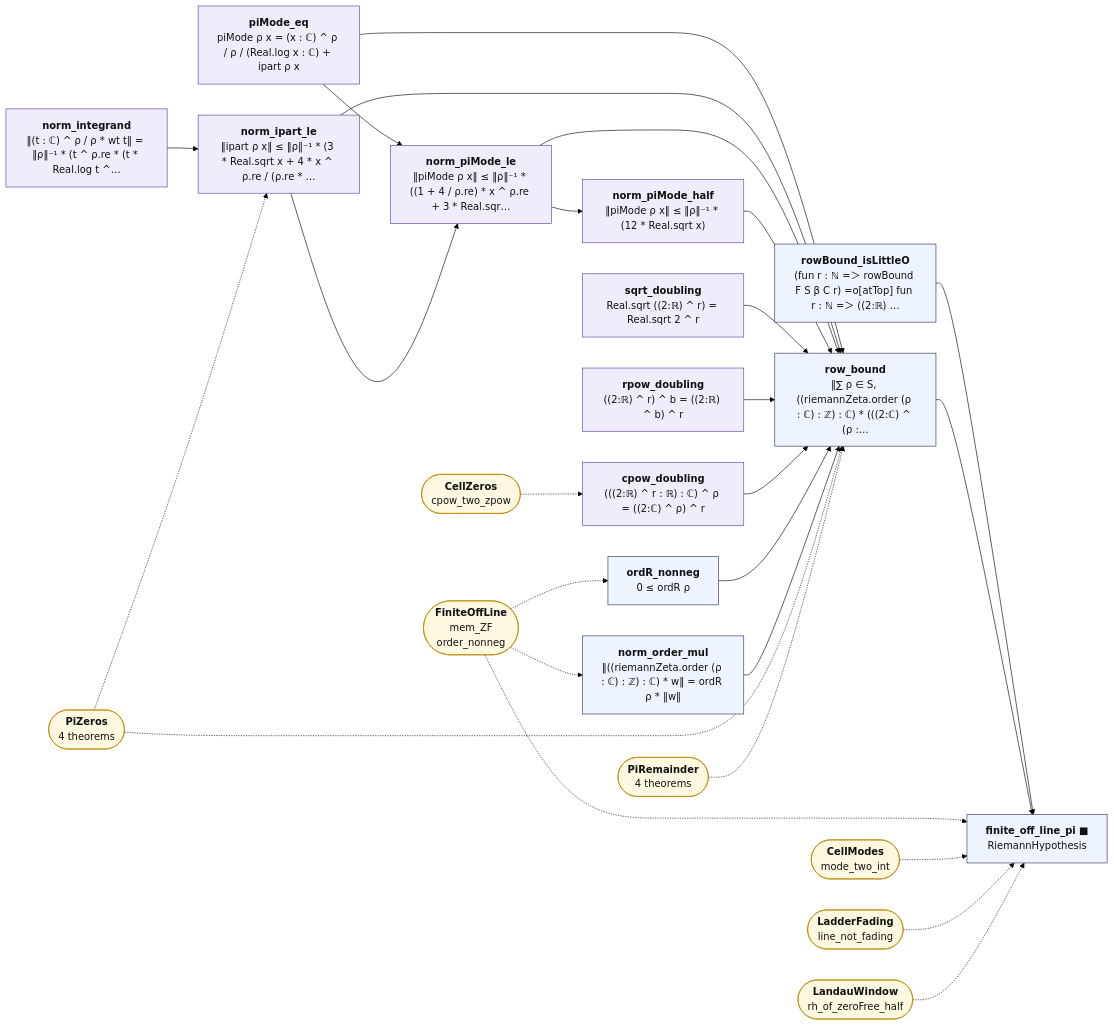
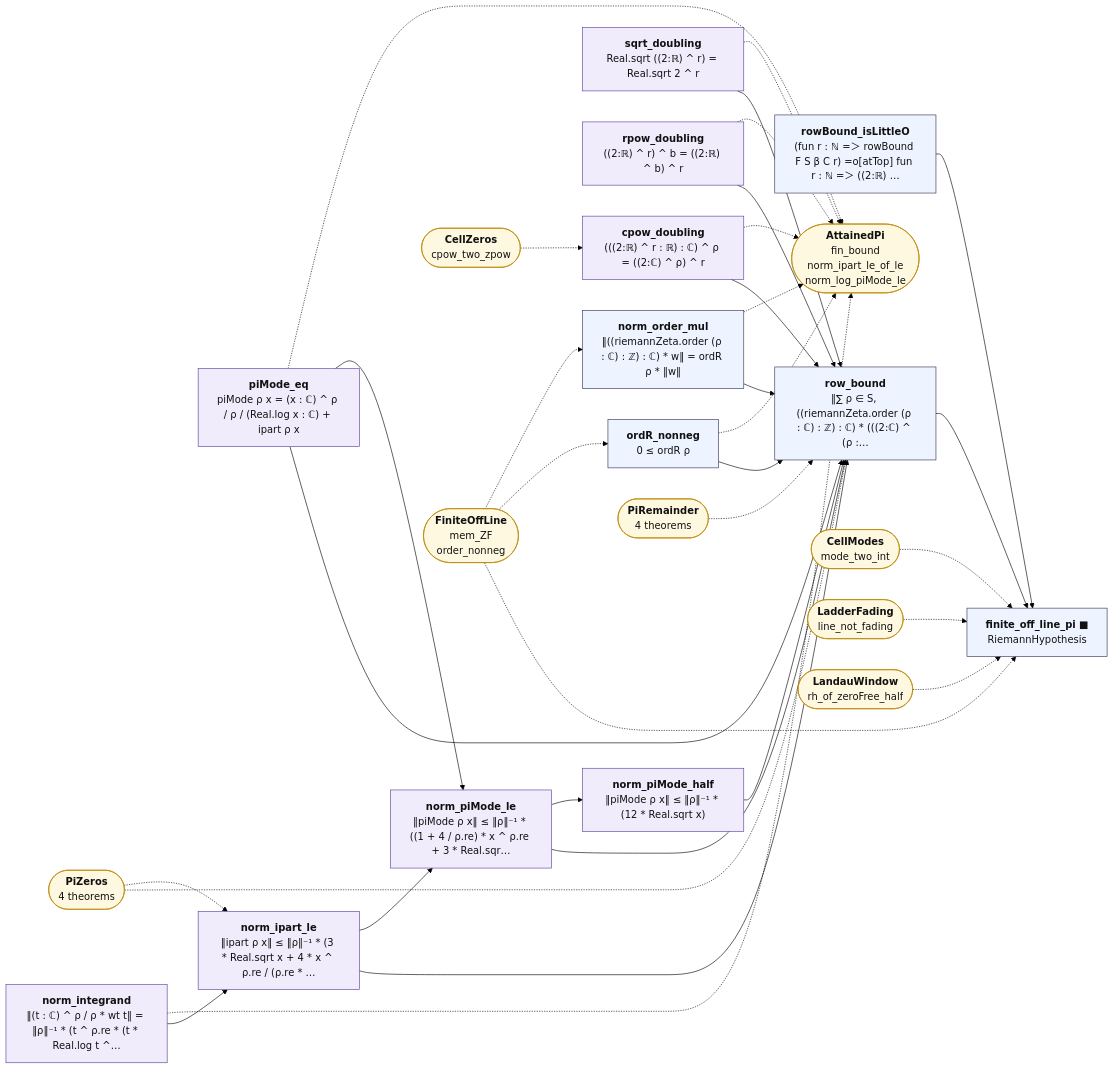
One commit to juliansambranojr/Primebeat_081426 changed the diagram in map/lean_stage3/FiniteOffLinePi.md. Above: the diagram before and after it, drawn with Mermaid (forest theme). The commit also changed other lines of this file and 50 other files, not shown here.

First line of the commit message:
C7: joint 10 on the count when the largest real part of the zeros is attained (unit 0456)

````diff
--- a/map/lean_stage3/FiniteOffLinePi.md
+++ b/map/lean_stage3/FiniteOffLinePi.md
@@ -12,56 +12,64 @@
 ```mermaid
 flowchart LR
   n0["<b>piMode_eq</b><br/>piMode ρ x = (x : ℂ) ^ ρ / ρ / (Real.log x : ℂ) + ipart ρ x"]:::shp
   n1["<b>norm_integrand</b><br/>‖(t : ℂ) ^ ρ / ρ * wt t‖ = ‖ρ‖⁻¹ * (t ^ ρ.re * (t * Real.log t ^…"]:::shp
   n2["<b>norm_ipart_le</b><br/>‖ipart ρ x‖ ≤ ‖ρ‖⁻¹ * (3 * Real.sqrt x + 4 * x ^ ρ.re / (ρ.re * …"]:::shp
   n3["<b>norm_piMode_le</b><br/>‖piMode ρ x‖ ≤ ‖ρ‖⁻¹ * ((1 + 4 / ρ.re) * x ^ ρ.re + 3 * Real.sqr…"]:::shp
   n4["<b>norm_piMode_half</b><br/>‖piMode ρ x‖ ≤ ‖ρ‖⁻¹ * (12 * Real.sqrt x)"]:::shp
   n5["<b>sqrt_doubling</b><br/>Real.sqrt ((2:ℝ) ^ r) = Real.sqrt 2 ^ r"]:::shp
   n6["<b>rpow_doubling</b><br/>((2:ℝ) ^ r) ^ b = ((2:ℝ) ^ b) ^ r"]:::shp
   n7["<b>cpow_doubling</b><br/>(((2:ℝ) ^ r : ℝ) : ℂ) ^ ρ = ((2:ℂ) ^ ρ) ^ r"]:::shp
   n8["<b>ordR_nonneg</b><br/>0 ≤ ordR ρ"]:::thm
   n9["<b>norm_order_mul</b><br/>‖((riemannZeta.order (ρ : ℂ) : ℤ) : ℂ) * w‖ = ordR ρ * ‖w‖"]:::thm
   n10["<b>rowBound_isLittleO</b><br/>(fun r : ℕ =＞ rowBound F S β C r) =o[atTop] fun r : ℕ =＞ ((2:ℝ) …"]:::thm
   n11["<b>row_bound</b><br/>‖∑ ρ ∈ S, ((riemannZeta.order (ρ : ℂ) : ℤ) : ℂ) * (((2:ℂ) ^ (ρ :…"]:::thm
   n12["<b>finite_off_line_pi ■</b><br/>RiemannHypothesis"]:::thm
-  x0(["<b>PiZeros</b><br/>4 theorems"]):::ext
-  x1(["<b>CellZeros</b><br/>cpow_two_zpow"]):::ext
-  x2(["<b>FiniteOffLine</b><br/>mem_ZF<br/>order_nonneg"]):::ext
-  x3(["<b>PiRemainder</b><br/>4 theorems"]):::ext
-  x4(["<b>CellModes</b><br/>mode_two_int"]):::ext
-  x5(["<b>LadderFading</b><br/>line_not_fading"]):::ext
-  x6(["<b>LandauWindow</b><br/>rh_of_zeroFree_half"]):::ext
+  x0(["<b>AttainedPi</b><br/>fin_bound<br/>norm_ipart_le_of_le<br/>norm_log_piMode_le"]):::ext
+  x1(["<b>PiZeros</b><br/>4 theorems"]):::ext
+  x2(["<b>CellZeros</b><br/>cpow_two_zpow"]):::ext
+  x3(["<b>FiniteOffLine</b><br/>mem_ZF<br/>order_nonneg"]):::ext
+  x4(["<b>PiRemainder</b><br/>4 theorems"]):::ext
+  x5(["<b>CellModes</b><br/>mode_two_int"]):::ext
+  x6(["<b>LadderFading</b><br/>line_not_fading"]):::ext
+  x7(["<b>LandauWindow</b><br/>rh_of_zeroFree_half"]):::ext
   n0 --> n11
   n0 --> n3
   n1 --> n2
   n10 --> n12
   n11 --> n12
   n2 --> n11
   n2 --> n3
   n3 --> n11
   n3 --> n4
   n4 --> n11
   n5 --> n11
   n6 --> n11
   n7 --> n11
   n8 --> n11
   n9 --> n11
-  x0 -.-> n11
-  x0 -.-> n2
-  x1 -.-> n7
-  x2 -.-> n12
-  x2 -.-> n8
-  x2 -.-> n9
-  x3 -.-> n11
-  x4 -.-> n12
+  n0 -.-> x0
+  n1 -.-> x0
+  n5 -.-> x0
+  n6 -.-> x0
+  n7 -.-> x0
+  n8 -.-> x0
+  n9 -.-> x0
+  x1 -.-> n11
+  x1 -.-> n2
+  x2 -.-> n7
+  x3 -.-> n12
+  x3 -.-> n8
+  x3 -.-> n9
+  x4 -.-> n11
   x5 -.-> n12
   x6 -.-> n12
+  x7 -.-> n12
   classDef cnt fill:#dff5ec,stroke:#17694a,color:#111
   classDef shp fill:#f1ecfb,stroke:#5b3fa0,color:#111
   classDef rh fill:#ffe5e5,stroke:#c22,color:#111,stroke-width:2px
   classDef thm fill:#eef4ff,stroke:#335,color:#111
   classDef end_ fill:#e7f7e7,stroke:#2a7,color:#111,stroke-width:2px
   classDef lone fill:#fff,stroke:#999,color:#111,stroke-dasharray:4 3
   classDef bad fill:#ffe5e5,stroke:#c22,color:#111,stroke-width:2px
   classDef ext fill:#fff8e1,stroke:#b80,color:#111
 ```
````
